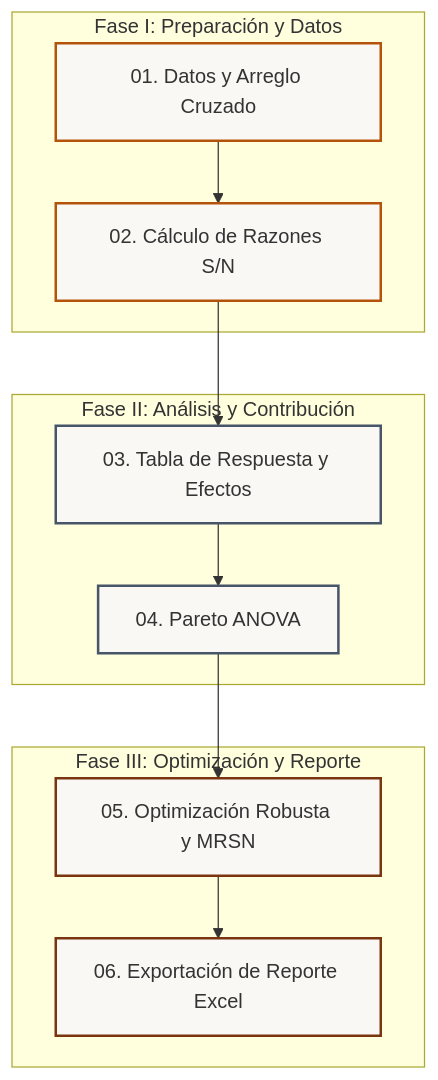
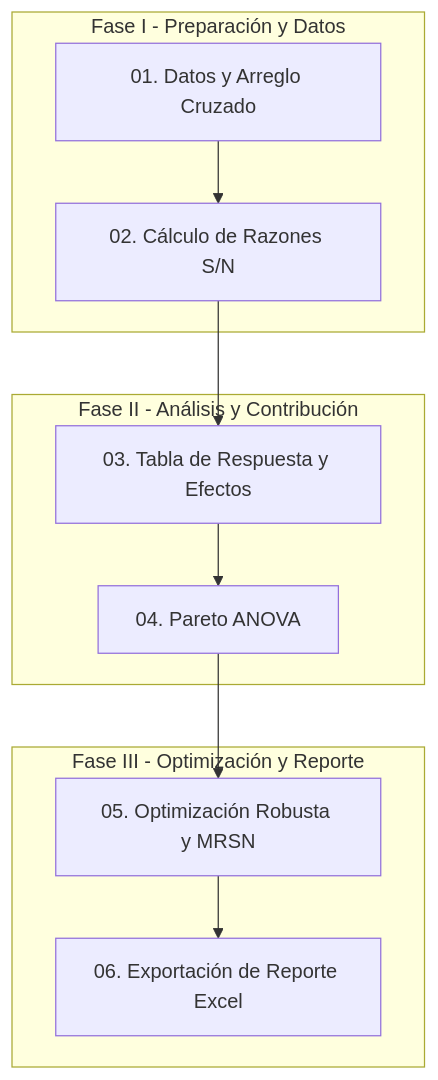
One commit to JavierChicaizaE/taguchi_cacao changed the diagram in README.md. Above: the diagram before and after it, drawn with Mermaid.

Commit message:
Uso de flowchart TD y remocion de estilos estaticos en diagrama Mermaid del README

````diff
--- a/README.md
+++ b/README.md
@@ -24,20 +24,14 @@
 ```mermaid
-graph TD
-    subgraph sg1 ["Fase I: Preparación y Datos"]
+flowchart TD
+    subgraph Fase_I ["Fase I - Preparación y Datos"]
         A["01. Datos y Arreglo Cruzado"] --> B["02. Cálculo de Razones S/N"]
     end
-    subgraph sg2 ["Fase II: Análisis y Contribución"]
+    subgraph Fase_II ["Fase II - Análisis y Contribución"]
         B --> C["03. Tabla de Respuesta y Efectos"]
         C --> D["04. Pareto ANOVA"]
     end
-    subgraph sg3 ["Fase III: Optimización y Reporte"]
+    subgraph Fase_III ["Fase III - Optimización y Reporte"]
         D --> E["05. Optimización Robusta y MRSN"]
         E --> F["06. Exportación de Reporte Excel"]
     end
-    style A fill:#FAF8F5,stroke:#B45309,stroke-width:2px;
-    style B fill:#FAF8F5,stroke:#B45309,stroke-width:2px;
-    style C fill:#FAF8F5,stroke:#475569,stroke-width:2px;
-    style D fill:#FAF8F5,stroke:#475569,stroke-width:2px;
-    style E fill:#FAF8F5,stroke:#78350F,stroke-width:2px;
-    style F fill:#FAF8F5,stroke:#78350F,stroke-width:2px;
 ```
````
